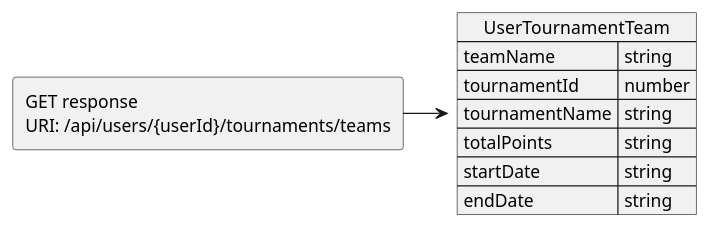
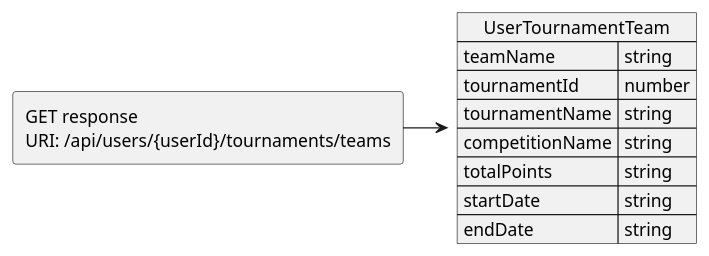
Before and after one commit to JKMN-Projects/TeamTactics: the diagram in docs/JSON Contracts/Responses/GetUserTournamentTeam.puml, drawn with PlantUML.

Commit message:
Added competition name

```diff
--- a/docs/JSON Contracts/Responses/GetUserTournamentTeam.puml
+++ b/docs/JSON Contracts/Responses/GetUserTournamentTeam.puml
@@ -1,15 +1,16 @@
 @startuml Get user tournament team response
 allowmixing
 
 agent "GET response \nURI: /api/users/{userId}/tournaments/teams"
   json "UserTournamentTeam" as J {
     "teamName": "string",
     "tournamentId": "number",
     "tournamentName": "string",
+    "competitionName": "string",
     "totalPoints": "string",
     "startDate": "string",
     "endDate": "string"
   }
 
 "GET response \nURI: /api/users/{userId}/tournaments/teams" -> J 
 @enduml
```
